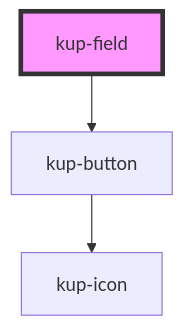
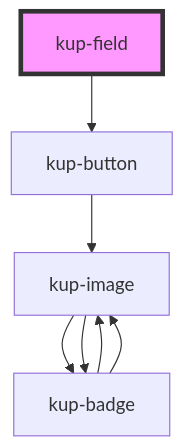
One commit to smeup/ketchup changed the diagram in packages/ketchup/src/components/kup-field/readme.md. Above: the diagram before and after it, drawn with Mermaid. The commit also changed 58 other files, not shown here.

Commit message:
Renamed kup-icon to kup-image.

````diff
--- a/packages/ketchup/src/components/kup-field/readme.md
+++ b/packages/ketchup/src/components/kup-field/readme.md
@@ -48,6 +48,10 @@
 ```mermaid
 graph TD;
   kup-field --> kup-button
-  kup-button --> kup-icon
+  kup-button --> kup-image
+  kup-image --> kup-badge
+  kup-image --> kup-badge
+  kup-badge --> kup-image
+  kup-badge --> kup-image
   style kup-field fill:#f9f,stroke:#333,stroke-width:4px
 ```
````
